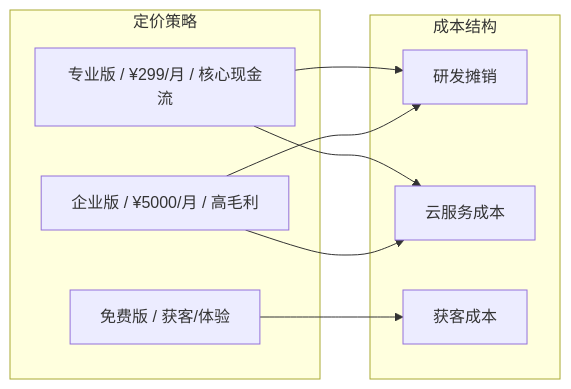
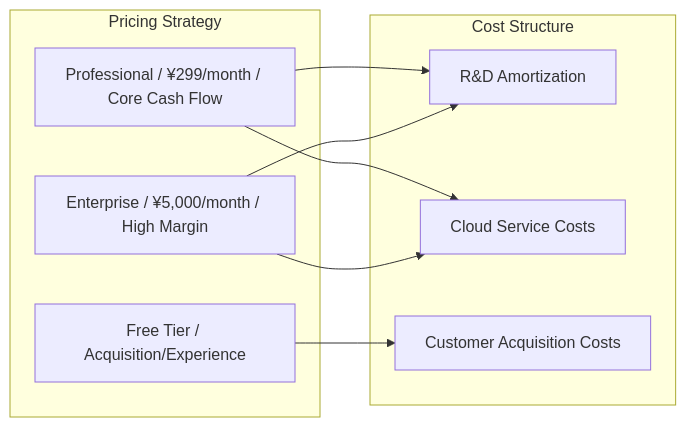
One commit to Kirky-X/cangjie changed the ninth of 11 diagrams in templates/产品/战略层/【模板】项目任务书.md. Above: the diagram before and after it, drawn with Mermaid. The commit also changed other lines of this file and 12 other files, not shown here.

````diff
--- a/templates/产品/战略层/【模板】项目任务书.md
+++ b/templates/产品/战略层/【模板】项目任务书.md
@@ -509,18 +509,18 @@
 ```mermaid
 flowchart LR
-    subgraph 定价策略
-        P1[免费版 / 获客/体验]
-        P2[专业版 / ¥299/月 / 核心现金流]
-        P3[企业版 / ¥5000/月 / 高毛利]
+    subgraph Pricing Strategy
+        P1[Free Tier / Acquisition/Experience]
+        P2[Professional / ¥299/month / Core Cash Flow]
+        P3[Enterprise / ¥5,000/month / High Margin]
     end
-    subgraph 成本结构
-        C1[研发摊销]
-        C2[云服务成本]
-        C3[获客成本]
+    subgraph Cost Structure
+        C1[R&D Amortization]
+        C2[Cloud Service Costs]
+        C3[Customer Acquisition Costs]
     end
     P1 --> C3
     P2 --> C1
     P2 --> C2
     P3 --> C1
     P3 --> C2
 ```
````
